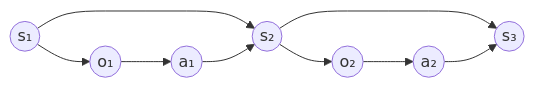
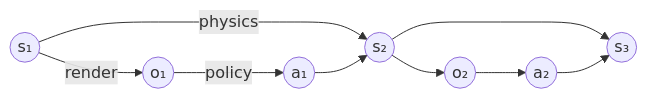
One commit to rohitmekkoth/robot-learning changed the first of 2 diagrams in notes/lectures/cs285.md. Above: the diagram before and after it, drawn with Mermaid. The commit also changed other lines of this file and 1 other file, not shown here.

````diff
--- a/notes/lectures/cs285.md
+++ b/notes/lectures/cs285.md
@@ -17,9 +22,9 @@
 ```mermaid
 flowchart LR
-    s1((s₁)) --> o1((o₁)) --> a1((a₁))
-    s1 --> s2((s₂))
+    s1((s₁)) -->|"render"| o1((o₁)) -->|"policy"| a1((a₁))
+    s1 -->|"physics"| s2((s₂))
     a1 --> s2
     s2 --> o2((o₂)) --> a2((a₂))
     s2 --> s3((s₃))
     a2 --> s3
 ```
````
